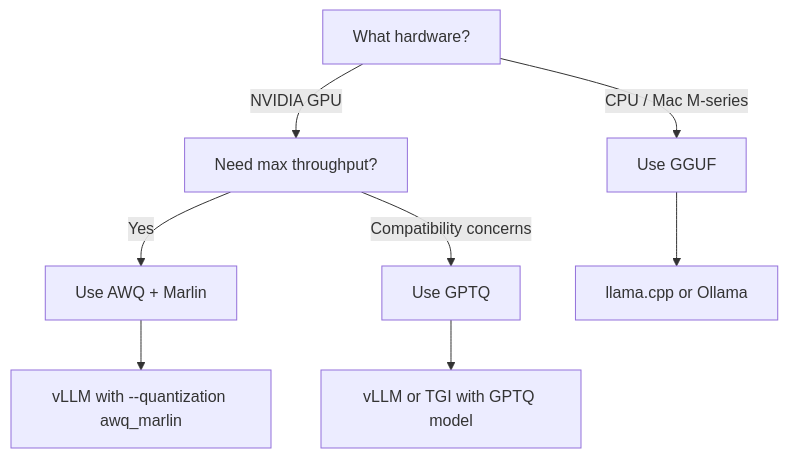
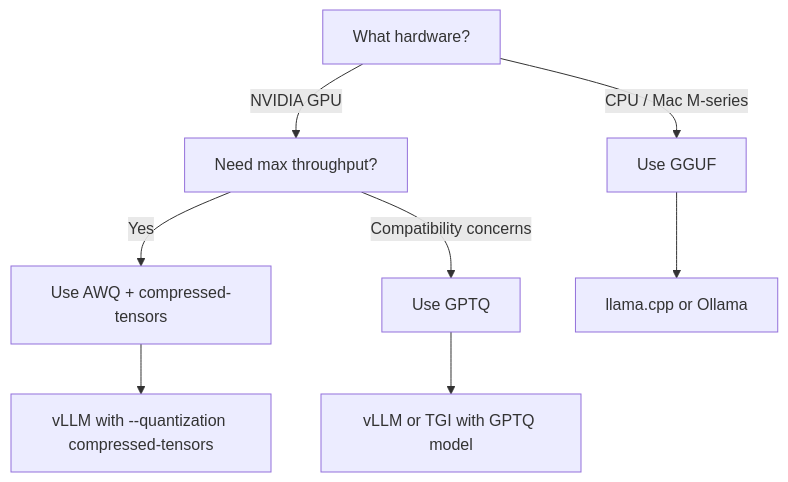
One commit to chris-colinsky/Zorac changed the diagram in docs/site/concepts/quantization.md. Above: the diagram before and after it, drawn with Mermaid. The commit also changed other lines of this file and 11 other files, not shown here.

First line of the commit message:
Enhance documentation on AWQ quantization and TUI setup

````diff
--- a/docs/site/concepts/quantization.md
+++ b/docs/site/concepts/quantization.md
@@ -158,10 +174,10 @@
 ```mermaid
 graph TD
     A[What hardware?] -->|NVIDIA GPU| B[Need max throughput?]
     A -->|CPU / Mac M-series| C[Use GGUF]
-    B -->|Yes| D[Use AWQ + Marlin]
+    B -->|Yes| D[Use AWQ + compressed-tensors]
     B -->|Compatibility concerns| E[Use GPTQ]
-    D --> F[vLLM with --quantization awq_marlin]
+    D --> F[vLLM with --quantization compressed-tensors]
     E --> G[vLLM or TGI with GPTQ model]
     C --> H[llama.cpp or Ollama]
 ```
````
